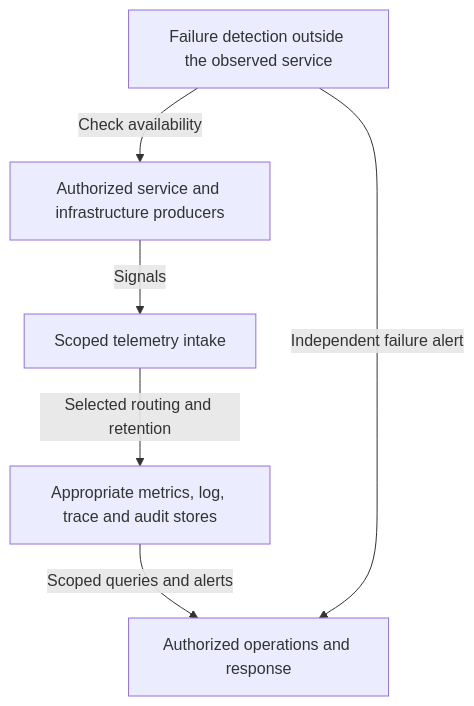
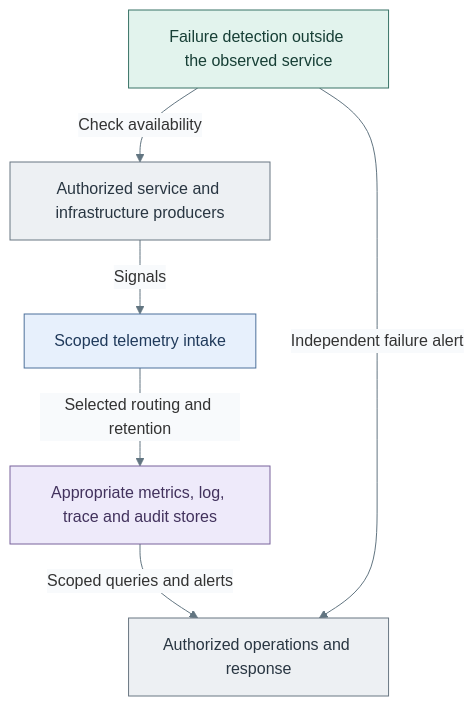
The fifth of 5 diagrams in docs/architecture/runtime-flows.md (Rexus/homelab), drawn with Mermaid before and after one commit. The commit also changed other lines of this file and 49 other files, not shown here.

Commit message:
docs(diagrams): clarify tier layouts and visual styles

````diff
--- a/docs/architecture/runtime-flows.md
+++ b/docs/architecture/runtime-flows.md
@@ -185,13 +215,23 @@
 ```mermaid
+%%{init: {"theme":"base","themeVariables":{"lineColor":"#627581","edgeLabelBackground":"#f8fafc"}}}%%
 flowchart TB
   Producers["Authorized service and infrastructure producers"]
   Intake["Scoped telemetry intake"]
   Backends["Appropriate metrics, log, trace and audit stores"]
   Operators["Authorized operations and response"]
   Independent["Failure detection outside the observed service"]
   Producers -->|Signals| Intake
   Intake -->|Selected routing and retention| Backends
   Backends -->|Scoped queries and alerts| Operators
   Independent -->|Check availability| Producers
   Independent -->|Independent failure alert| Operators
+  classDef default fill:#f8fafc,stroke:#64748b,color:#1f2937
+  classDef actor fill:#edf0f3,stroke:#697682,color:#293642
+  classDef services fill:#e7f0fc,stroke:#4d719b,color:#203a5b
+  classDef data fill:#eeeafa,stroke:#78639b,color:#42325d
+  classDef control fill:#e2f3ed,stroke:#397366,color:#173f36
+  class Producers,Operators actor
+  class Intake services
+  class Backends data
+  class Independent control
 ```
````
